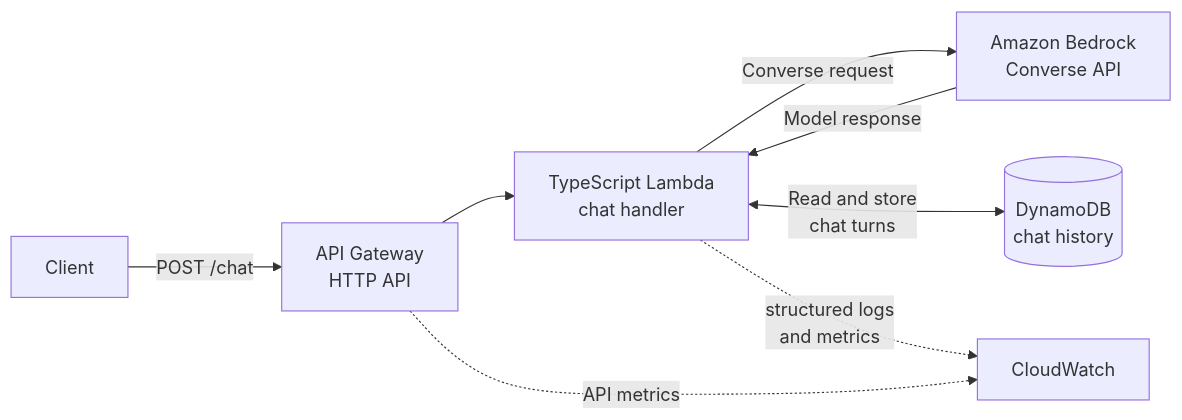
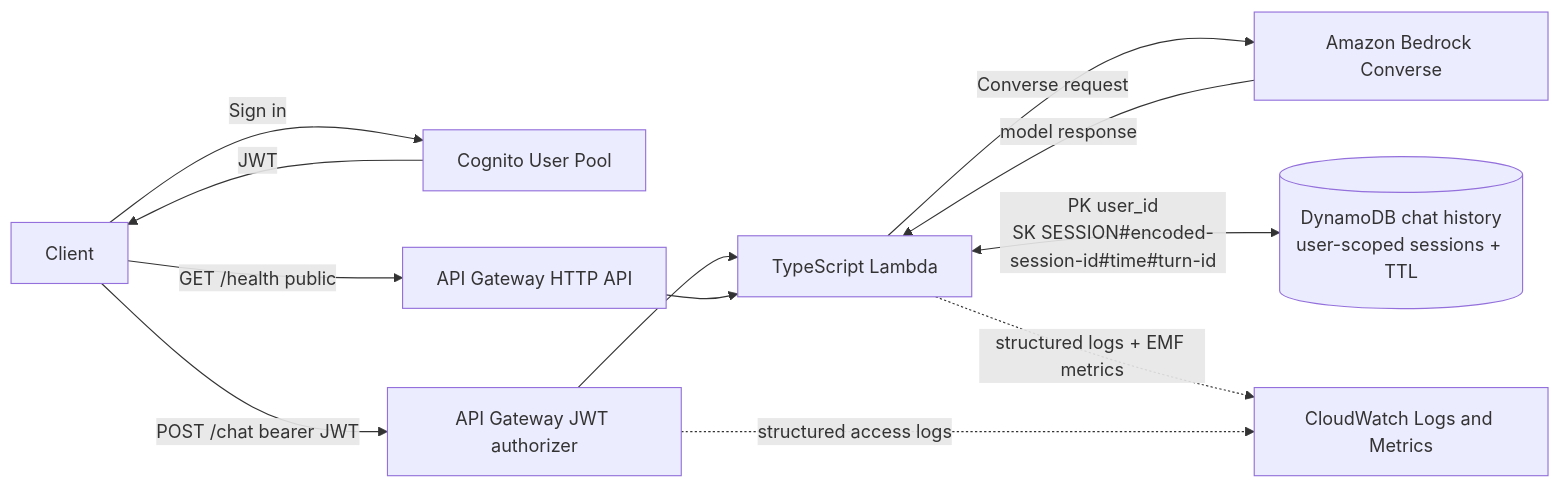
One commit to hongzz0618/aws-genai-starter changed the diagram in README.md. Above: the diagram before and after it, drawn with Mermaid. The commit also changed other lines of this file and 2 other files, not shown here.

Commit message:
docs(genai): document authenticated architecture

````diff
--- a/README.md
+++ b/README.md
@@ -13,13 +15,18 @@
 ```mermaid
 flowchart LR
-    Client[Client] -->|"POST /chat"| APIGW["API Gateway<br/>HTTP API"]
-    APIGW --> Lambda["TypeScript Lambda<br/>chat handler"]
+    Client[Client] -->|"Sign in"| Cognito[Cognito User Pool]
+    Cognito -->|"JWT"| Client
 
-    Lambda -->|"Converse request"| Bedrock["Amazon Bedrock<br/>Converse API"]
-    Bedrock -->|"Model response"| Lambda
+    Client -->|"GET /health public"| ApiHealth["API Gateway HTTP API"]
+    Client -->|"POST /chat bearer JWT"| ApiChat["API Gateway JWT authorizer"]
+    ApiChat --> Lambda["TypeScript Lambda"]
+    ApiHealth --> Lambda
 
-    Lambda <-->|"Read and store<br/>chat turns"| DynamoDB[("DynamoDB<br/>chat history")]
+    Lambda -->|"Converse request"| Bedrock["Amazon Bedrock Converse"]
+    Bedrock -->|"model response"| Lambda
 
-    Lambda -. "structured logs<br/>and metrics" .-> CloudWatch[CloudWatch]
-    APIGW -. "API metrics" .-> CloudWatch
+    Lambda <-->|"PK user_id<br/>SK SESSION#encoded-session-id#time#turn-id"| DynamoDB[("DynamoDB chat history<br/>user-scoped sessions + TTL")]
+
+    Lambda -. "structured logs + EMF metrics" .-> CloudWatch[CloudWatch Logs and Metrics]
+    ApiChat -. "structured access logs" .-> CloudWatch
 ```
````
